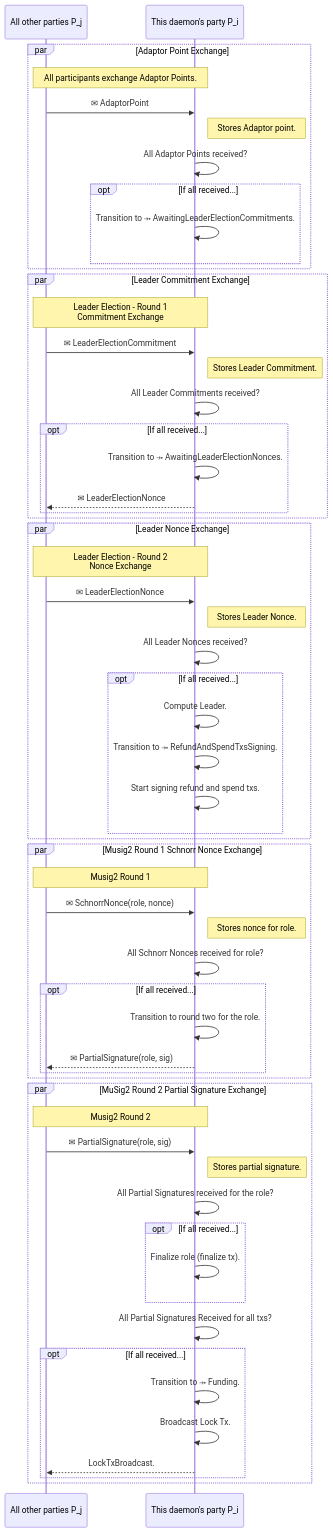
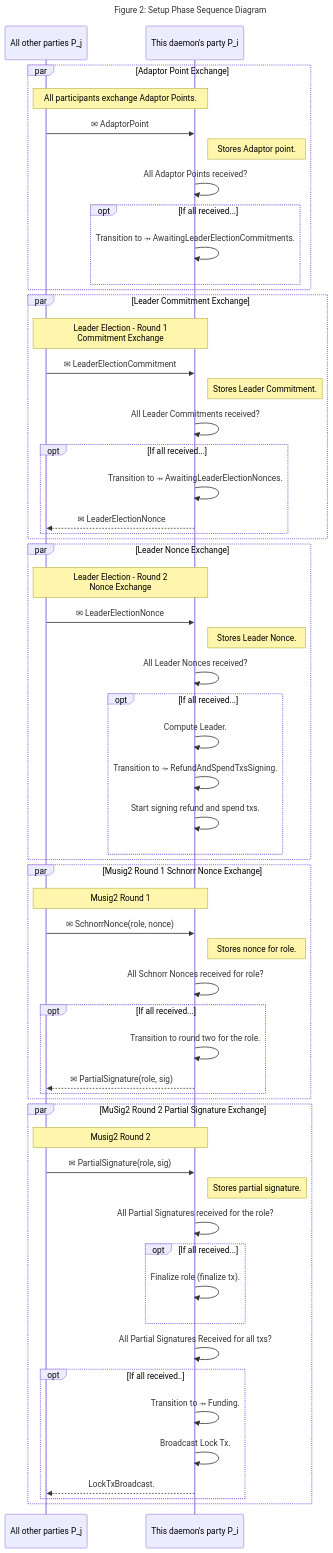
Before and after one commit to input-output-hk/cyclic-atomic-swap: the second of 4 diagrams in docs/arc42/6_rtw.md, drawn with Mermaid. The commit also changed other lines of this file and 4 other files, not shown here.

````diff
--- a/docs/arc42/6_rtw.md
+++ b/docs/arc42/6_rtw.md
@@ -272,73 +277,76 @@
 ```mermaid
+---
+title: "Figure 2: Setup Phase Sequence Diagram"
+---
 sequenceDiagram
 %%  Adaptor Point
     participant P_j as All other parties P_j
     participant P_i as This daemon's party P_i
     par Adaptor Point Exchange
         Note over P_j, P_i: All participants exchange Adaptor Points.
         P_j->>P_i: ✉ AdaptorPoint
         Note right of P_i: Stores Adaptor point.
         P_i->>P_i: All Adaptor Points received?
         opt If all received...
             P_i->>P_i: Transition to ⤞ AwaitingLeaderElectionCommitments.
         end
     end
 
 %%  Leader Election
     participant P_j
     participant P_i
     par Leader Commitment Exchange
         Note over P_j, P_i: Leader Election - Round 1<br>Commitment Exchange
         P_j->>P_i: ✉ LeaderElectionCommitment
         Note right of P_i: Stores Leader Commitment.
         P_i->>P_i: All Leader Commitments received?
         opt If all received...
             P_i->>P_i: Transition to ⤞ AwaitingLeaderElectionNonces.
             P_i-->>P_j: ✉ LeaderElectionNonce
         end
     end
     par Leader Nonce Exchange
         Note over P_j, P_i: Leader Election - Round 2<br>Nonce Exchange
         P_j->>P_i: ✉ LeaderElectionNonce
         Note right of P_i: Stores Leader Nonce.
         P_i->>P_i: All Leader Nonces received?
         opt If all received...
             P_i->>P_i: Compute Leader.
             P_i->>P_i: Transition to ⤞ RefundAndSpendTxsSigning.
             P_i->>P_i: Start signing refund and spend txs.
         end
     end
 
 %%  Schnorr Nonce
     participant P_j
     participant P_i
     par Musig2 Round 1 Schnorr Nonce Exchange
         Note over P_j, P_i: Musig2 Round 1
         P_j->>P_i: ✉ SchnorrNonce(role, nonce)
         Note right of P_i: Stores nonce for role.
         P_i->>P_i: All Schnorr Nonces received for role?
         opt If all received...
             P_i->>P_i: Transition to round two for the role.
             P_i-->>P_j: ✉ PartialSignature(role, sig)
         end
     end
     
 %%  Partial Signature
     participant P_j
     participant P_i
     par MuSig2 Round 2 Partial Signature Exchange
         Note over P_j, P_i: Musig2 Round 2
         P_j->>P_i: ✉ PartialSignature(role, sig)
         Note right of P_i: Stores partial signature.
         P_i->>P_i: All Partial Signatures received for the role?
         opt If all received...
             P_i->>P_i: Finalize role (finalize tx).
         end
         P_i->>P_i: All Partial Signatures Received for all txs?
-        opt If all received...
+        opt If all received..
             P_i->>P_i: Transition to ⤞ Funding.
             P_i->>P_i: Broadcast Lock Tx.
             P_i-->>P_j: LockTxBroadcast.
         end
     end
 ```
````
